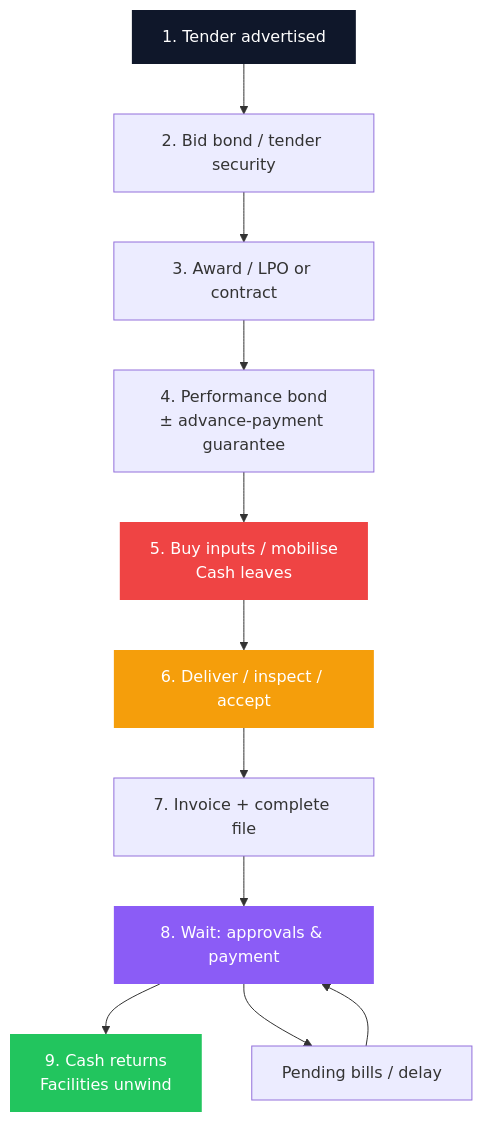
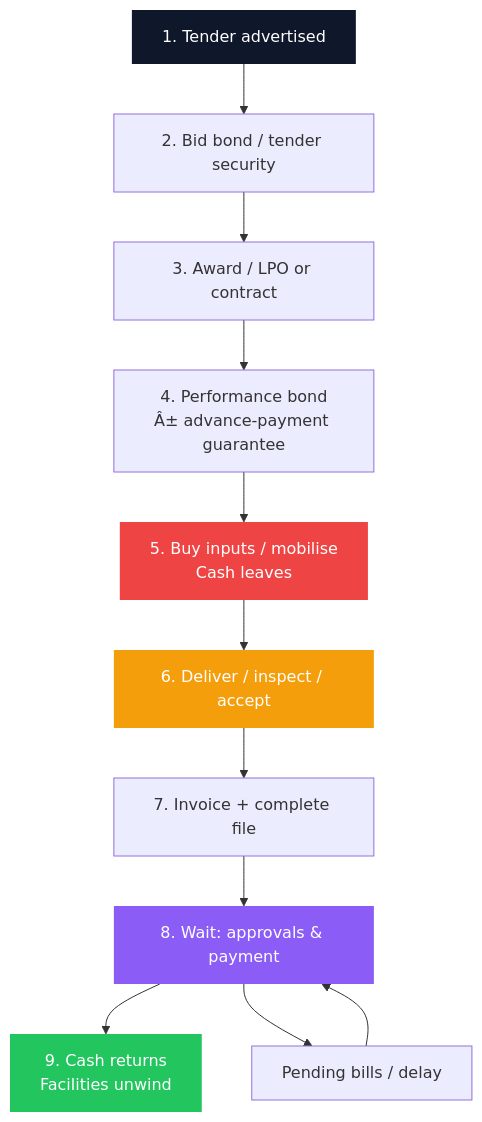
The first of 2 diagrams in Bengula-Jacob/content/business-trade/agpo-tender-cash-flow-kenya.md (bengula/BengulaLive), drawn with Mermaid before and after one commit. The commit also changed other lines of this file and 73 other files, not shown here.

````diff
--- a/Bengula-Jacob/content/business-trade/agpo-tender-cash-flow-kenya.md
+++ b/Bengula-Jacob/content/business-trade/agpo-tender-cash-flow-kenya.md
@@ -66,20 +66,20 @@
 ```mermaid
 flowchart TD
   A["1. Tender advertised"] --> B["2. Bid bond / tender security"]
   B --> C["3. Award / LPO or contract"]
-  C --> D["4. Performance bond<br/>± advance-payment guarantee"]
+  C --> D["4. Performance bond<br/>Â± advance-payment guarantee"]
   D --> E["5. Buy inputs / mobilise<br/>Cash leaves"]
   E --> F["6. Deliver / inspect / accept"]
   F --> G["7. Invoice + complete file"]
   G --> H["8. Wait: approvals & payment"]
   H --> I["9. Cash returns<br/>Facilities unwind"]
 
   H --> J["Pending bills / delay"]
   J --> H
 
   style A fill:#0f172a,color:#fff,stroke:none
   style E fill:#ef4444,color:#fff,stroke:none
   style F fill:#f59e0b,color:#fff,stroke:none
   style H fill:#8b5cf6,color:#fff,stroke:none
   style I fill:#22c55e,color:#fff,stroke:none
 ```
````
